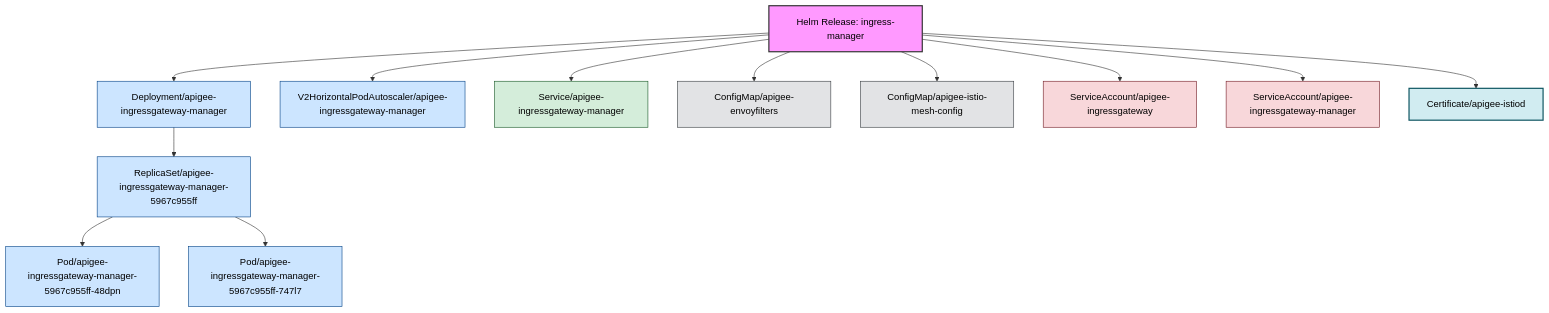
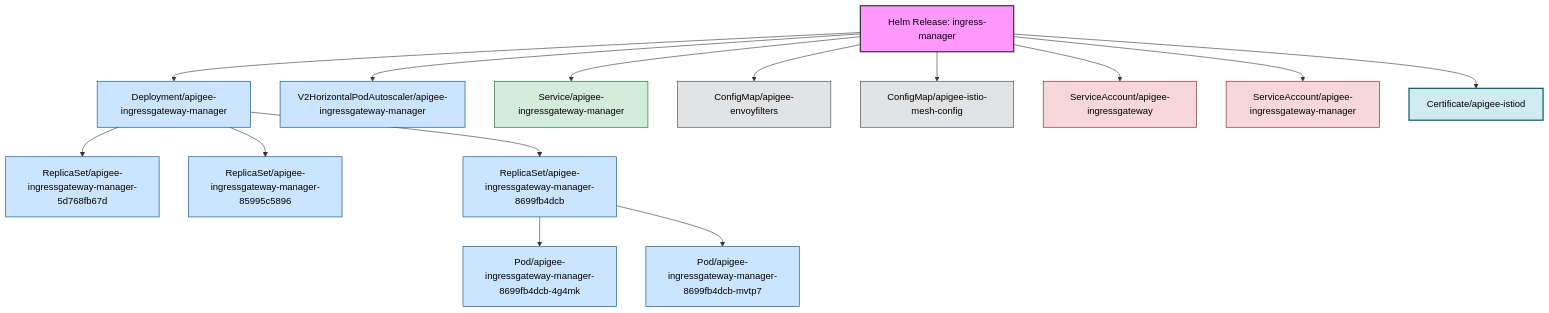
Before and after one commit to anaik91/apigee-hybrid-relationship-builder: the diagram in generated/apigee-ingress-manager-1.15.0-deep-all.md, drawn with Mermaid. The commit also changed other lines of this file and 60 other files, not shown here.

````diff
--- a/generated/apigee-ingress-manager-1.15.0-deep-all.md
+++ b/generated/apigee-ingress-manager-1.15.0-deep-all.md
@@ -12,50 +12,56 @@
 ```mermaid
 graph TD;
     classDef helm fill:#f9f,stroke:#333,stroke-width:2px,color:#000
     classDef workload fill:#cce5ff,stroke:#004085,stroke-width:1px,color:#000
     classDef network fill:#d4edda,stroke:#155724,stroke-width:1px,color:#000
     classDef config fill:#e2e3e5,stroke:#383d41,stroke-width:1px,color:#000
     classDef rbac fill:#f8d7da,stroke:#721c24,stroke-width:1px,color:#000
     classDef apigee_crd fill:#fff3cd,stroke:#856404,stroke-width:2px,color:#000
     classDef cert_manager_crd fill:#d1ecf1,stroke:#0c5460,stroke-width:2px,color:#000
     classDef webhook fill:#ddd,stroke:#333,stroke-width:2px,color:#000
     classDef default fill:#fff,stroke:#333,stroke-width:1px,color:#000
 
     Deploymentapigeeingressgatewaymanager["Deployment/apigee-ingressgateway-manager"]
-    ReplicaSetapigeeingressgatewaymanager5967c955ff["ReplicaSet/apigee-ingressgateway-manager-5967c955ff"]
-    Podapigeeingressgatewaymanager5967c955ff48dpn["Pod/apigee-ingressgateway-manager-5967c955ff-48dpn"]
-    Podapigeeingressgatewaymanager5967c955ff747l7["Pod/apigee-ingressgateway-manager-5967c955ff-747l7"]
+    ReplicaSetapigeeingressgatewaymanager5d768fb67d["ReplicaSet/apigee-ingressgateway-manager-5d768fb67d"]
+    ReplicaSetapigeeingressgatewaymanager85995c5896["ReplicaSet/apigee-ingressgateway-manager-85995c5896"]
+    ReplicaSetapigeeingressgatewaymanager8699fb4dcb["ReplicaSet/apigee-ingressgateway-manager-8699fb4dcb"]
+    Podapigeeingressgatewaymanager8699fb4dcb4g4mk["Pod/apigee-ingressgateway-manager-8699fb4dcb-4g4mk"]
+    Podapigeeingressgatewaymanager8699fb4dcbmvtp7["Pod/apigee-ingressgateway-manager-8699fb4dcb-mvtp7"]
     HelmReleaseingressmanager["Helm Release: ingress-manager"]
     V2HorizontalPodAutoscalerapigeeingressgatewaymanager["V2HorizontalPodAutoscaler/apigee-ingressgateway-manager"]
     Serviceapigeeingressgatewaymanager["Service/apigee-ingressgateway-manager"]
     ConfigMapapigeeenvoyfilters["ConfigMap/apigee-envoyfilters"]
     ConfigMapapigeeistiomeshconfig["ConfigMap/apigee-istio-mesh-config"]
     ServiceAccountapigeeingressgateway["ServiceAccount/apigee-ingressgateway"]
     ServiceAccountapigeeingressgatewaymanager["ServiceAccount/apigee-ingressgateway-manager"]
     Certificateapigeeistiod["Certificate/apigee-istiod"]
 
     class Deploymentapigeeingressgatewaymanager workload;
-    class ReplicaSetapigeeingressgatewaymanager5967c955ff workload;
-    class Podapigeeingressgatewaymanager5967c955ff48dpn workload;
-    class Podapigeeingressgatewaymanager5967c955ff747l7 workload;
+    class ReplicaSetapigeeingressgatewaymanager5d768fb67d workload;
+    class ReplicaSetapigeeingressgatewaymanager85995c5896 workload;
+    class ReplicaSetapigeeingressgatewaymanager8699fb4dcb workload;
+    class Podapigeeingressgatewaymanager8699fb4dcb4g4mk workload;
+    class Podapigeeingressgatewaymanager8699fb4dcbmvtp7 workload;
     class HelmReleaseingressmanager helm;
     class V2HorizontalPodAutoscalerapigeeingressgatewaymanager workload;
     class Serviceapigeeingressgatewaymanager network;
     class ConfigMapapigeeenvoyfilters config;
     class ConfigMapapigeeistiomeshconfig config;
     class ServiceAccountapigeeingressgateway rbac;
     class ServiceAccountapigeeingressgatewaymanager rbac;
     class Certificateapigeeistiod cert_manager_crd;
 
-    Deploymentapigeeingressgatewaymanager --> ReplicaSetapigeeingressgatewaymanager5967c955ff
-    ReplicaSetapigeeingressgatewaymanager5967c955ff --> Podapigeeingressgatewaymanager5967c955ff48dpn
-    ReplicaSetapigeeingressgatewaymanager5967c955ff --> Podapigeeingressgatewaymanager5967c955ff747l7
+    Deploymentapigeeingressgatewaymanager --> ReplicaSetapigeeingressgatewaymanager5d768fb67d
+    Deploymentapigeeingressgatewaymanager --> ReplicaSetapigeeingressgatewaymanager85995c5896
+    Deploymentapigeeingressgatewaymanager --> ReplicaSetapigeeingressgatewaymanager8699fb4dcb
+    ReplicaSetapigeeingressgatewaymanager8699fb4dcb --> Podapigeeingressgatewaymanager8699fb4dcb4g4mk
+    ReplicaSetapigeeingressgatewaymanager8699fb4dcb --> Podapigeeingressgatewaymanager8699fb4dcbmvtp7
     HelmReleaseingressmanager --> Deploymentapigeeingressgatewaymanager
     HelmReleaseingressmanager --> V2HorizontalPodAutoscalerapigeeingressgatewaymanager
     HelmReleaseingressmanager --> Serviceapigeeingressgatewaymanager
     HelmReleaseingressmanager --> ConfigMapapigeeenvoyfilters
     HelmReleaseingressmanager --> ConfigMapapigeeistiomeshconfig
     HelmReleaseingressmanager --> ServiceAccountapigeeingressgateway
     HelmReleaseingressmanager --> ServiceAccountapigeeingressgatewaymanager
     HelmReleaseingressmanager --> Certificateapigeeistiod
 ```
````
